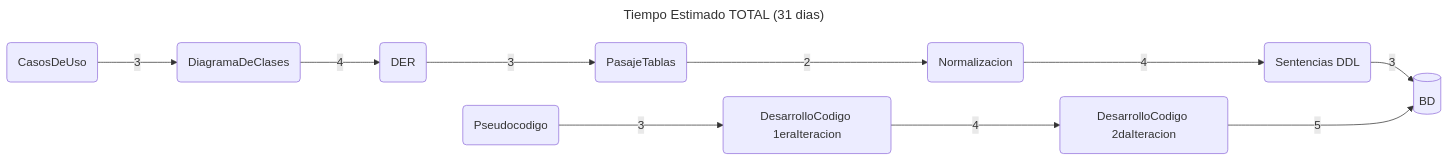
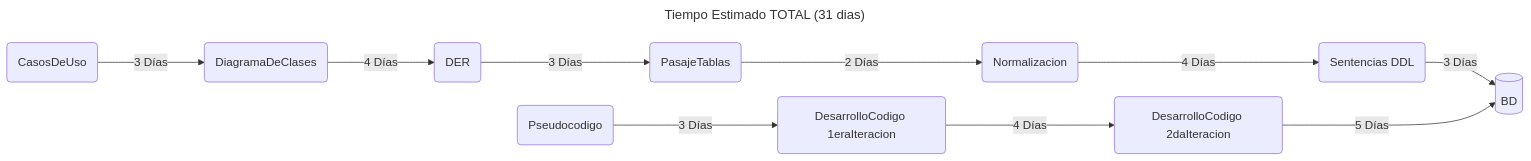
Before and after one commit to SaF319/proyectING: the diagram in DiagramaPert.md, drawn with Mermaid.

````diff
--- a/DiagramaPert.md
+++ b/DiagramaPert.md
@@ -4,18 +4,18 @@
 ```mermaid
 ---
 title: Tiempo Estimado TOTAL (31 dias)
 ---
 graph LR;
 
       ordersDB[(BD)];
-1(CasosDeUso)--->|3|2;
-2(DiagramaDeClases)--->|4|3;
-3(DER)--->|3|4;
-4(PasajeTablas)--->|2|5;
-5(Normalizacion)--->|4|6;
-6(Sentencias DDL)-->|3|ordersDB;
-7(Pseudocodigo)--->|3|8;
-8(DesarrolloCodigo 1eraIteracion)--->|4|9;
-9(DesarrolloCodigo 2daIteracion)--->|5|ordersDB;
+1(CasosDeUso)--->|3 Días|2;
+2(DiagramaDeClases)--->|4 Días|3;
+3(DER)--->|3 Días|4;
+4(PasajeTablas)--->|2 Días|5;
+5(Normalizacion)--->|4 Días|6;
+6(Sentencias DDL)-->|3 Días|ordersDB;
+7(Pseudocodigo)--->|3 Días|8;
+8(DesarrolloCodigo 1eraIteracion)--->|4 Días|9;
+9(DesarrolloCodigo 2daIteracion)--->|5 Días|ordersDB;
 
 ```
````
